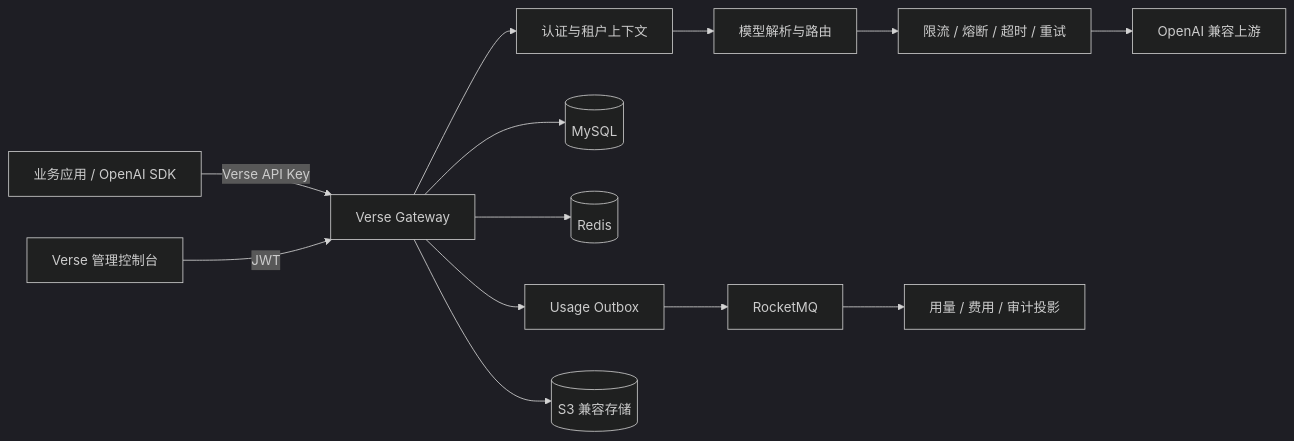
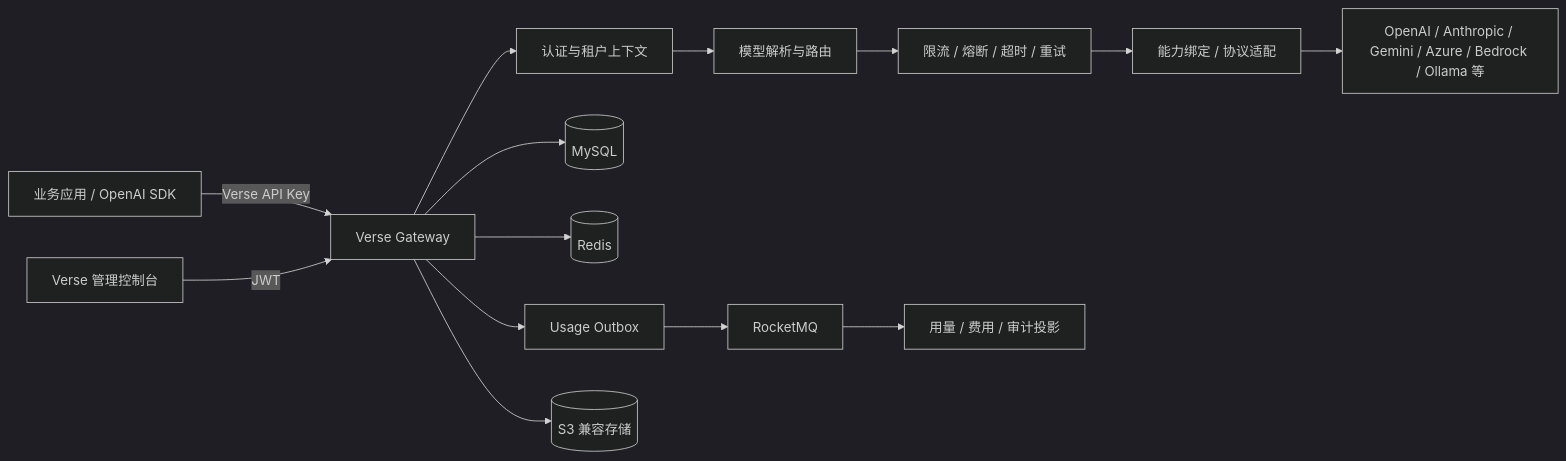
The diagram in README.md (Yonagi04/Verse), drawn with Mermaid (dark theme) before and after one commit. The commit also changed other lines of this file and 10 other files, not shown here.

````diff
--- a/README.md
+++ b/README.md
@@ -28,15 +32,16 @@
 ```mermaid
 flowchart LR
     Client[业务应用 / OpenAI SDK] -->|Verse API Key| Gateway[Verse Gateway]
     Console[Verse 管理控制台] -->|JWT| Gateway
     Gateway --> Auth[认证与租户上下文]
     Auth --> Route[模型解析与路由]
     Route --> Guard[限流 / 熔断 / 超时 / 重试]
-    Guard --> Provider[OpenAI 兼容上游]
+    Guard --> Adapter[能力绑定 / 协议适配]
+    Adapter --> Provider[OpenAI / Anthropic / Gemini / Azure / Bedrock / Ollama 等]
     Gateway --> MySQL[(MySQL)]
     Gateway --> Redis[(Redis)]
     Gateway --> Outbox[Usage Outbox]
     Outbox --> MQ[RocketMQ]
     MQ --> Usage[用量 / 费用 / 审计投影]
     Gateway --> S3[(S3 兼容存储)]
 ```
````
